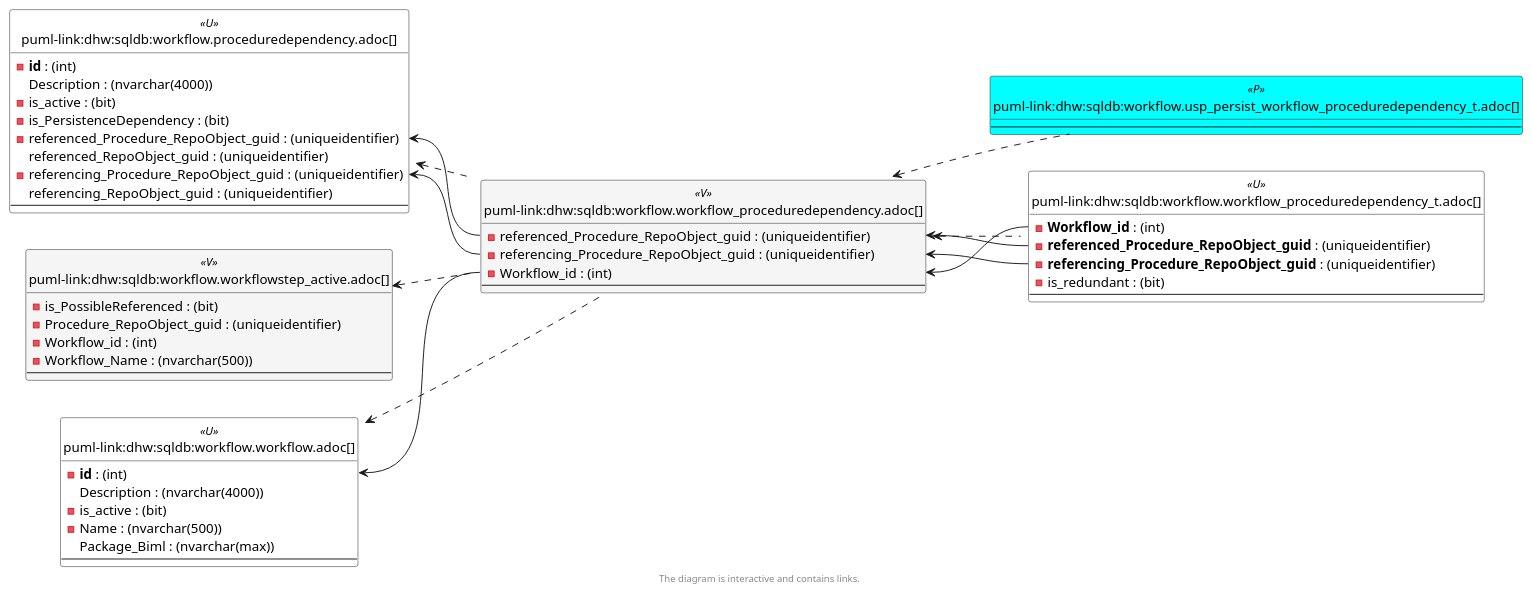
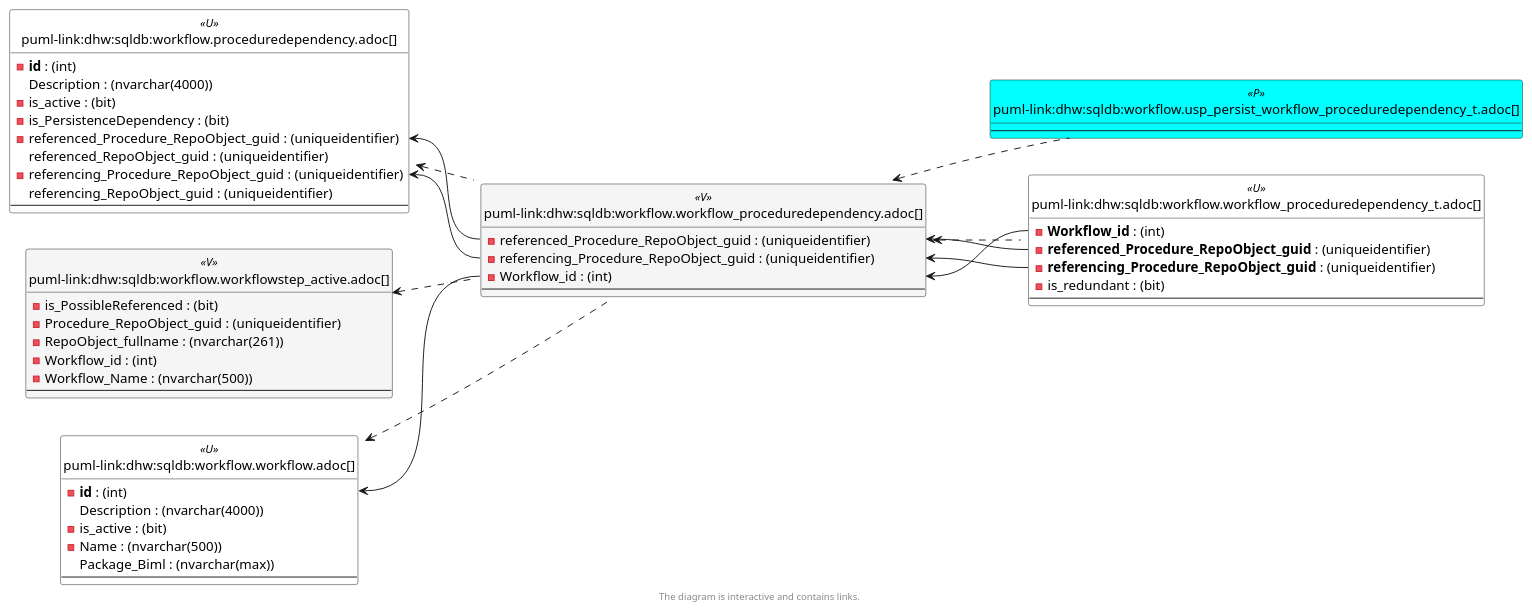
The sixth of 6 diagrams in docs/modules/sqldb/partials/content/workflow.workflow_proceduredependency.adoc (DataHandwerk/dhw-antora-sqldb), drawn with PlantUML before and after one commit. The commit also changed other lines of this file and 701 other files, not shown here.

```diff
--- a/docs/modules/sqldb/partials/content/workflow.workflow_proceduredependency.adoc
+++ b/docs/modules/sqldb/partials/content/workflow.workflow_proceduredependency.adoc
@@ -1744,6 +1745,7 @@
 entity "puml-link:dhw:sqldb:workflow.workflowstep_active.adoc[]" as workflow.WorkflowStep_active << V >> {
   - is_PossibleReferenced : (bit)
   - Procedure_RepoObject_guid : (uniqueidentifier)
+  - RepoObject_fullname : (nvarchar(261))
   - Workflow_id : (int)
   - Workflow_Name : (nvarchar(500))
   --
@@ -1751,8 +1753,8 @@
 
 workflow.ProcedureDependency <.. workflow.Workflow_ProcedureDependency
 workflow.Workflow <.. workflow.Workflow_ProcedureDependency
+workflow.Workflow_ProcedureDependency <.. workflow.usp_PERSIST_Workflow_ProcedureDependency_T
 workflow.Workflow_ProcedureDependency <.. workflow.Workflow_ProcedureDependency_T
-workflow.Workflow_ProcedureDependency <.. workflow.usp_PERSIST_Workflow_ProcedureDependency_T
 workflow.WorkflowStep_active <.. workflow.Workflow_ProcedureDependency
 "workflow.ProcedureDependency::referenced_Procedure_RepoObject_guid" <-- "workflow.Workflow_ProcedureDependency::referenced_Procedure_RepoObject_guid"
 "workflow.ProcedureDependency::referencing_Procedure_RepoObject_guid" <-- "workflow.Workflow_ProcedureDependency::referencing_Procedure_RepoObject_guid"
```
